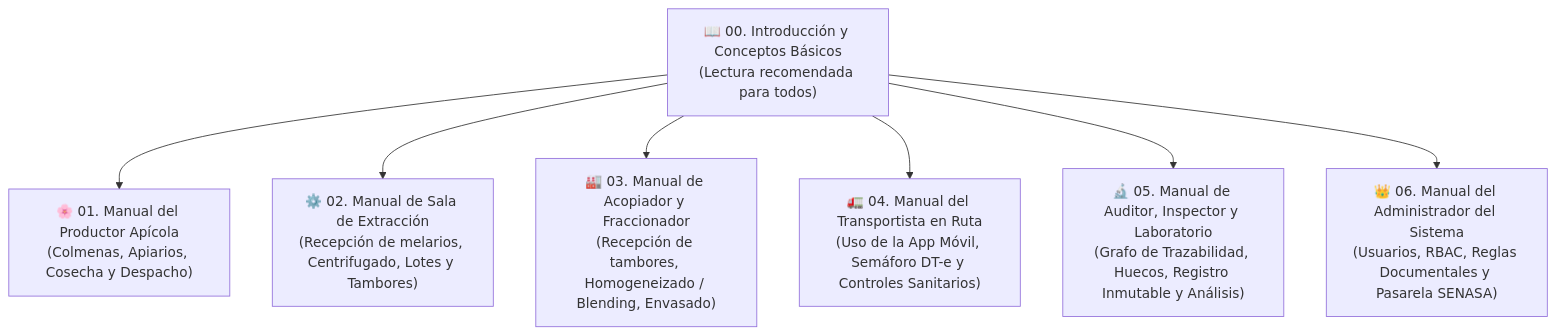
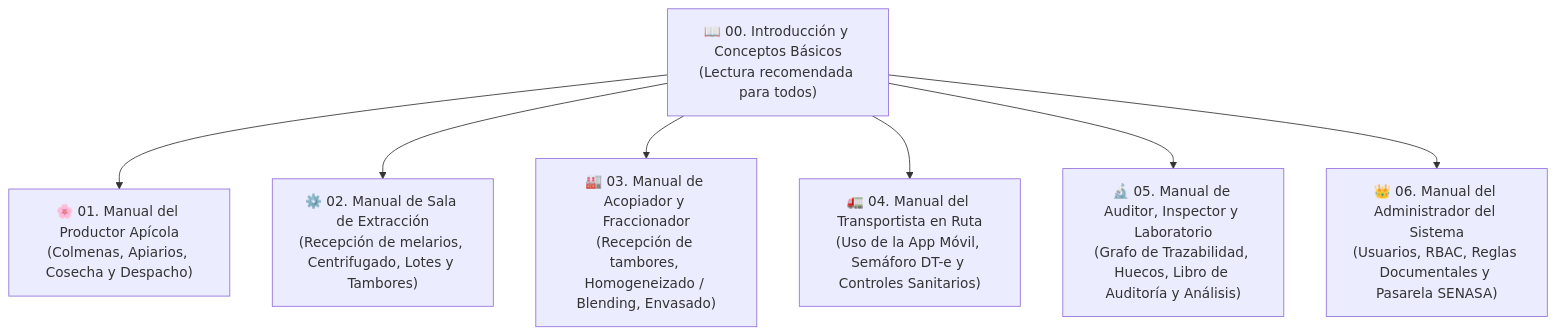
One commit to josephred/ApiTrace changed the diagram in docs/manuales/README.md. Above: the diagram before and after it, drawn with Mermaid. The commit also changed other lines of this file and 114 other files, not shown here.

````diff
--- a/docs/manuales/README.md
+++ b/docs/manuales/README.md
@@ -13,11 +13,11 @@
 ```mermaid
 flowchart TD
     Intro["📖 00. Introducción y Conceptos Básicos\n(Lectura recomendada para todos)"]
     
     Intro --> P1["🌸 01. Manual del Productor Apícola\n(Colmenas, Apiarios, Cosecha y Despacho)"]
     Intro --> P2["⚙️ 02. Manual de Sala de Extracción\n(Recepción de melarios, Centrifugado, Lotes y Tambores)"]
     Intro --> P3["🏭 03. Manual de Acopiador y Fraccionador\n(Recepción de tambores, Homogeneizado / Blending, Envasado)"]
     Intro --> P4["🚛 04. Manual del Transportista en Ruta\n(Uso de la App Móvil, Semáforo DT-e y Controles Sanitarios)"]
-    Intro --> P5["🔬 05. Manual de Auditor, Inspector y Laboratorio\n(Grafo de Trazabilidad, Huecos, Registro Inmutable y Análisis)"]
+    Intro --> P5["🔬 05. Manual de Auditor, Inspector y Laboratorio\n(Grafo de Trazabilidad, Huecos, Libro de Auditoría y Análisis)"]
     Intro --> P6["👑 06. Manual del Administrador del Sistema\n(Usuarios, RBAC, Reglas Documentales y Pasarela SENASA)"]
 ```
````
